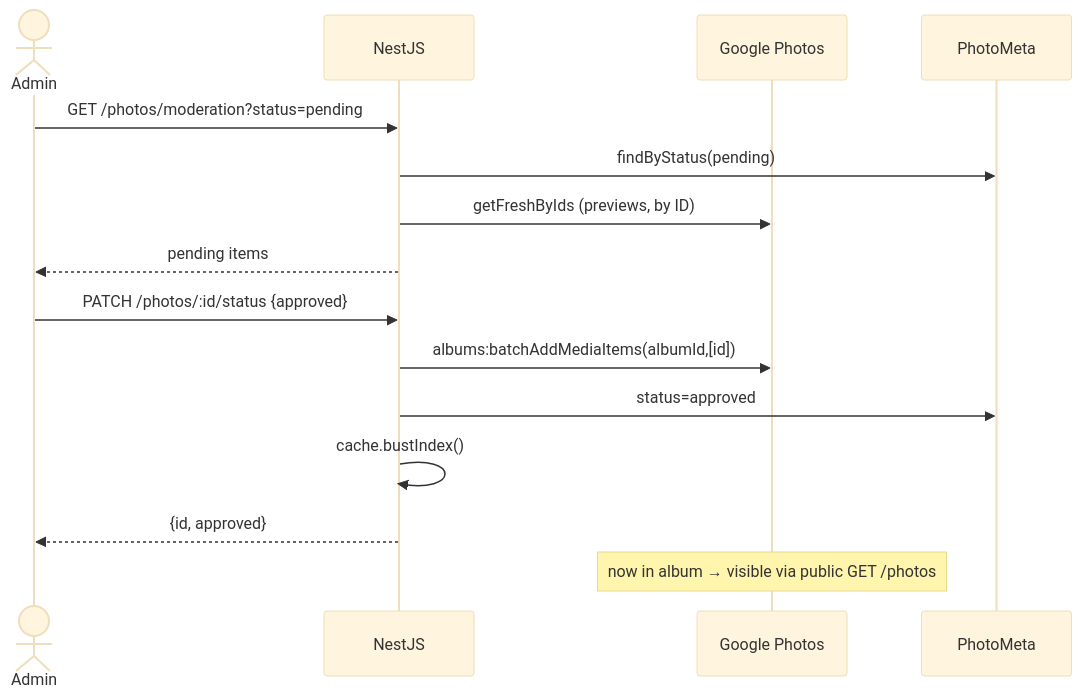
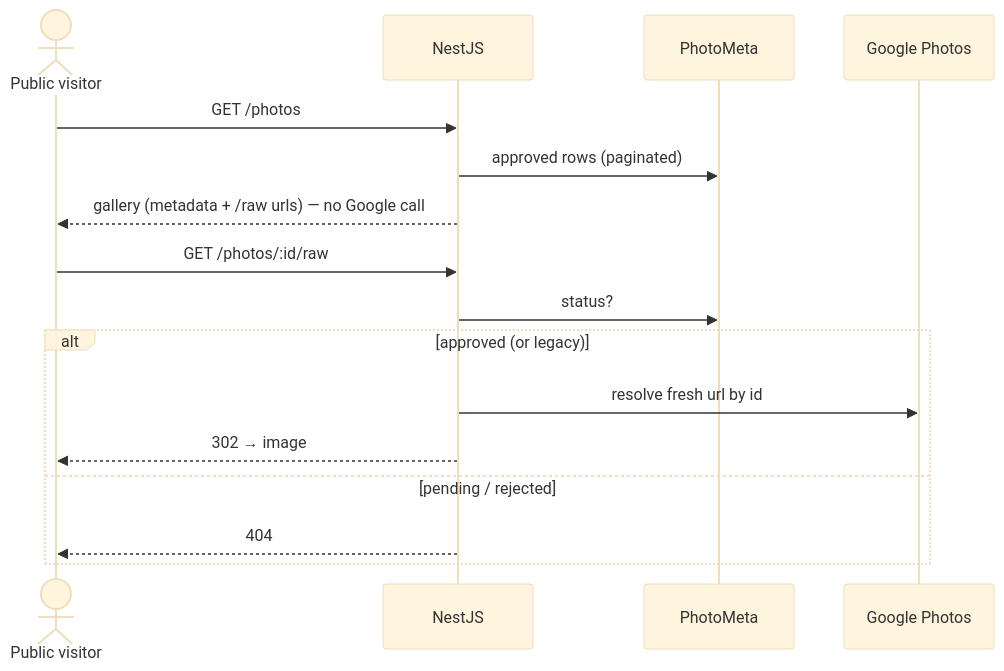
The second of 3 diagrams in docs/MODERATION.md (CaesarBourne/WeddingAppFrontend), drawn with Mermaid (base theme) before and after one commit. The commit also changed other lines of this file and 2 other files, not shown here.

Commit message:
docs: update moderation design to Approach A (DB source of truth) after spike

````diff
--- a/docs/MODERATION.md
+++ b/docs/MODERATION.md
@@ -219,17 +151,18 @@
 ```mermaid
 sequenceDiagram
-    actor A as Admin
+    actor V as Public visitor
     participant API as NestJS
+    participant DB as PhotoMeta
     participant GP as Google Photos
-    participant DB as PhotoMeta
-    A->>API: GET /photos/moderation?status=pending
-    API->>DB: findByStatus(pending)
-    API->>GP: getFreshByIds (previews, by ID)
-    API-->>A: pending items
-    A->>API: PATCH /photos/:id/status {approved}
-    API->>GP: albums:batchAddMediaItems(albumId,[id])
-    API->>DB: status=approved
-    API->>API: cache.bustIndex()
-    API-->>A: {id, approved}
-    Note over GP: now in album → visible via public GET /photos
+    V->>API: GET /photos
+    API->>DB: approved rows (paginated)
+    API-->>V: gallery (metadata + /raw urls) — no Google call
+    V->>API: GET /photos/:id/raw
+    API->>DB: status?
+    alt approved (or legacy)
+        API->>GP: resolve fresh url by id
+        API-->>V: 302 → image
+    else pending / rejected
+        API-->>V: 404
+    end
 ```
````
